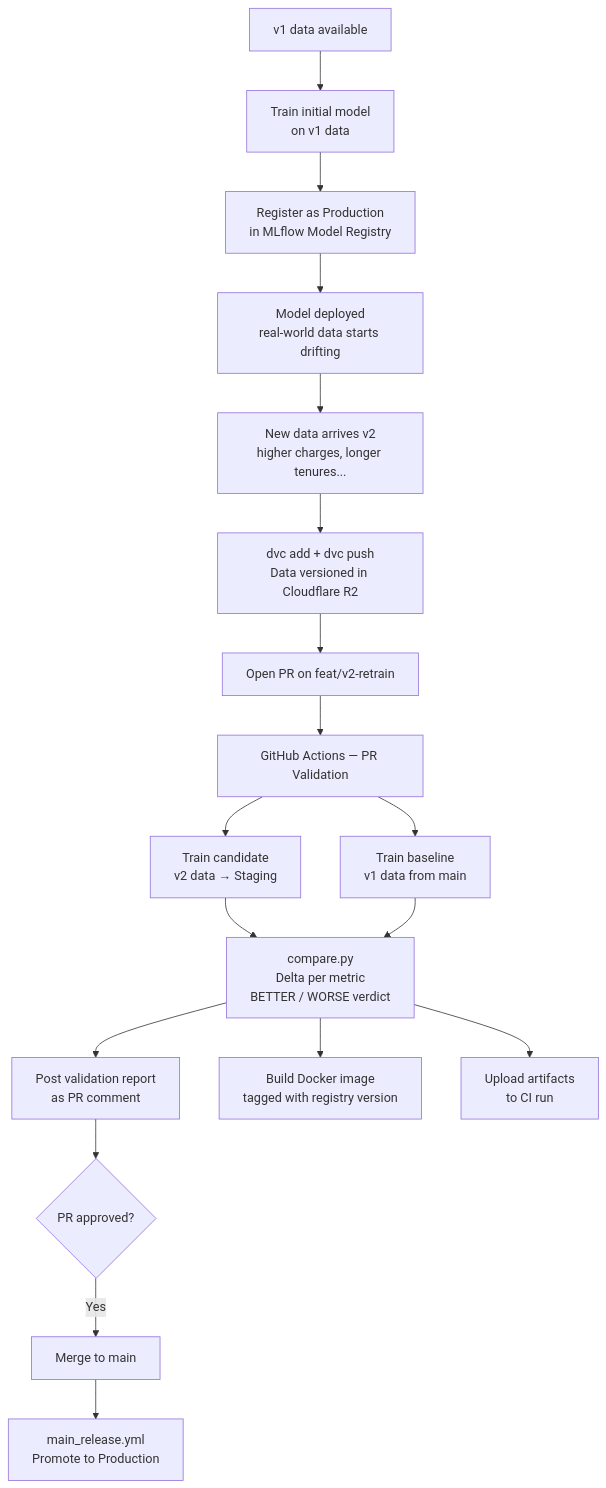
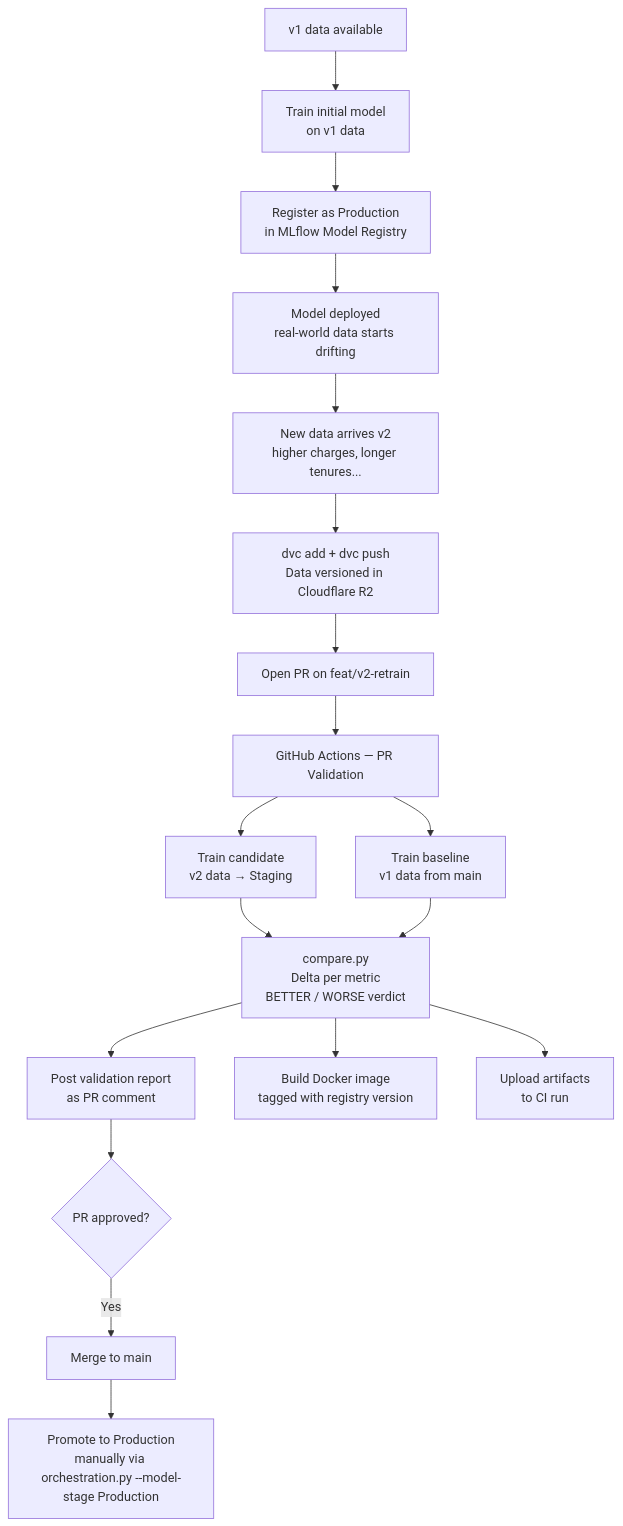
Before and after one commit to ANadalCardenas/mlops-churn-pipeline: the diagram in README.md, drawn with Mermaid. The commit also changed other lines of this file and 12 other files, not shown here.

````diff
--- a/README.md
+++ b/README.md
@@ -13,26 +13,26 @@
 ```mermaid
 flowchart TD
     A[v1 data available] --> B[Train initial model\non v1 data]
     B --> C[Register as Production\nin MLflow Model Registry]
     C --> D[Model deployed\nreal-world data starts drifting]
 
     D --> E[New data arrives v2\nhigher charges, longer tenures...]
     E --> F[dvc add + dvc push\nData versioned in Cloudflare R2]
     F --> G[Open PR on feat/v2-retrain]
 
     G --> H[GitHub Actions — PR Validation]
 
     H --> I[Train candidate\nv2 data → Staging]
     H --> J[Train baseline\nv1 data from main]
 
     I --> K[compare.py\nDelta per metric\nBETTER / WORSE verdict]
     J --> K
 
     K --> L[Post validation report\nas PR comment]
     K --> M[Build Docker image\ntagged with registry version]
     K --> N[Upload artifacts\nto CI run]
 
     L --> O{PR approved?}
     O -- Yes --> P[Merge to main]
-    P --> Q[main_release.yml\nPromote to Production]
+    P --> Q[Promote to Production\nmanually via orchestration.py --model-stage Production]
 ```
````
